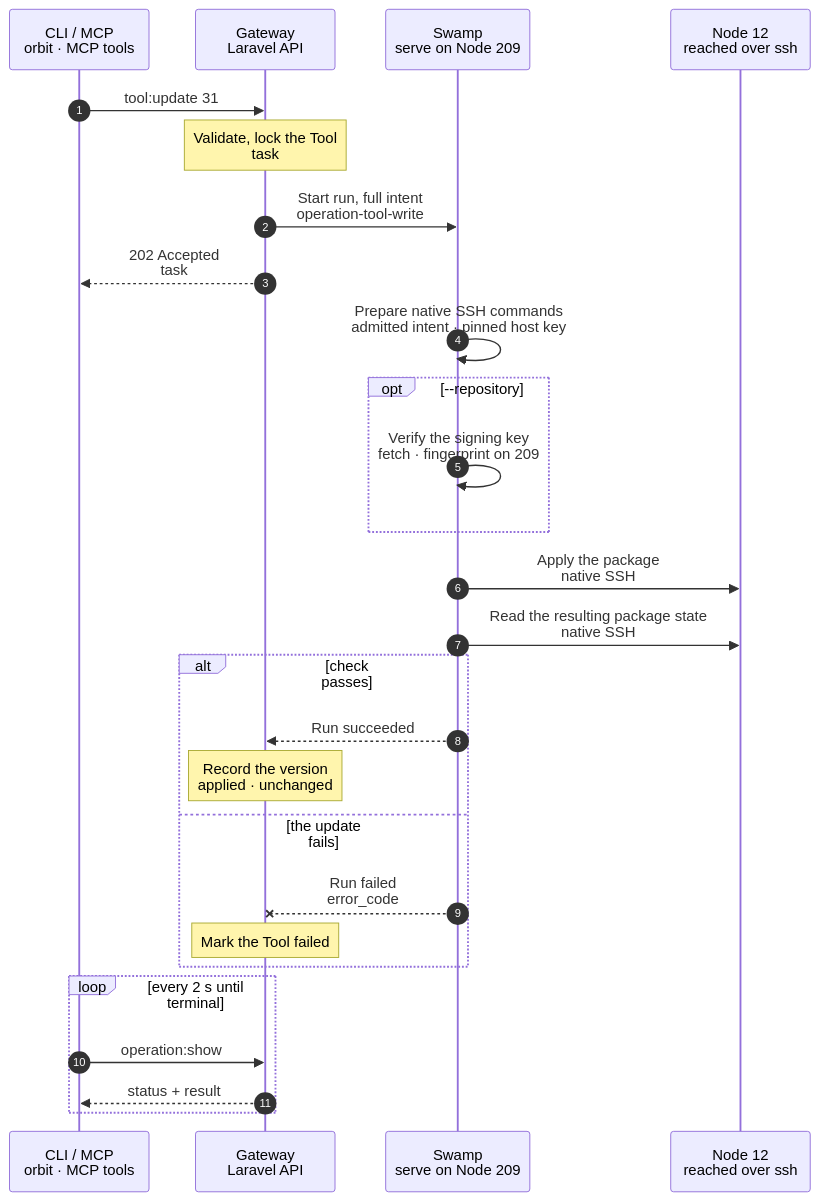
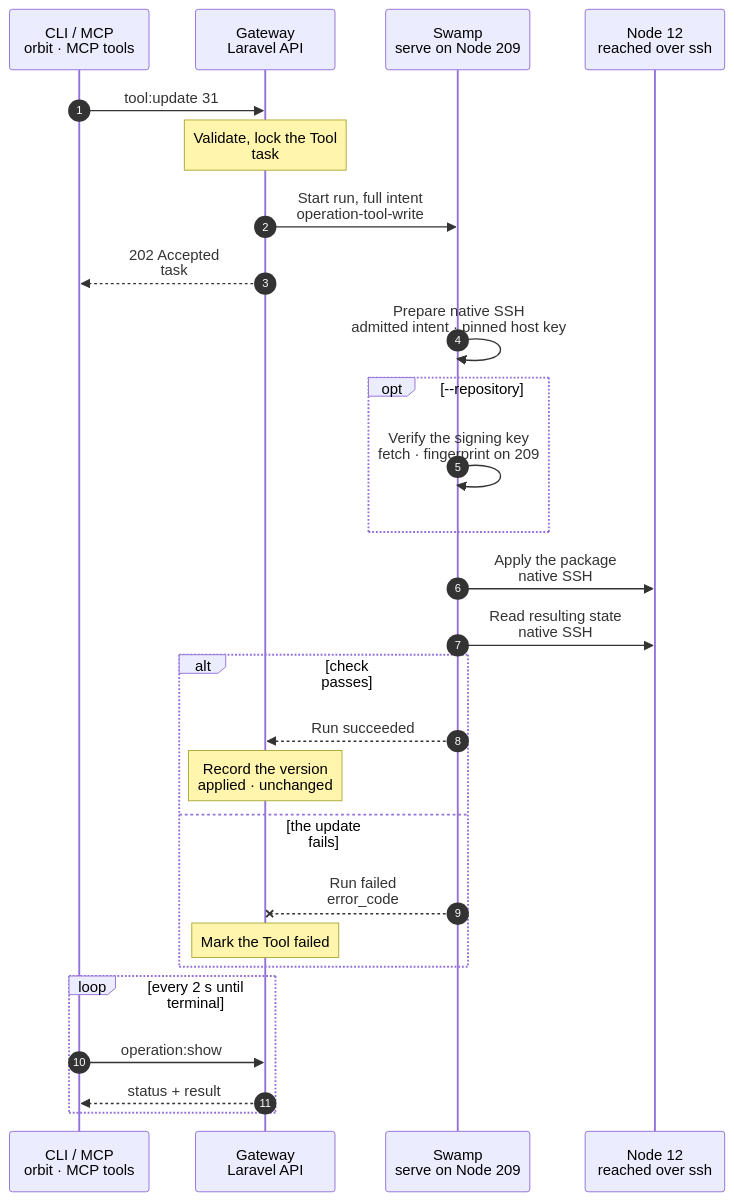
One commit to hardimpactdev/orbit changed the diagram in docs/cli/tool/update.mmd. Above: the diagram before and after it, drawn with Mermaid. The commit also changed 23 other files, not shown here.

```diff
--- a/docs/cli/tool/update.mmd
+++ b/docs/cli/tool/update.mmd
@@ -1,51 +1,51 @@
 sequenceDiagram
   %% docs/reference/tools.md#install-and-update-a-tool
   %% status: draft
   %% command: tool:update
   %% kind: tool.update
   %% Pinned Debian downloads use native SSH curl exit codes for transport-only fallback, then verify the pin before publication.
   autonumber
   %% lane CLI icon=terminal pill=caller tone=gray
   %% lane GW icon=gateway pill=intent tone=blue
   %% lane SW icon=workflow pill=executes tone=green
   %% lane N icon=server pill=target tone=amber
   participant CLI as CLI / MCP<br/>orbit · MCP tools
   participant GW as Gateway<br/>Laravel API
   participant SW as Swamp<br/>serve on Node 209
   participant N as Node 12<br/>reached over ssh
   CLI->>GW: tool:update 31
   %%> Command:
   %%> - `orbit tool:update 31`
   %%> - syntax: `<tool> [--tool-version=VERSION] [--repository=JSON] [--idempotency-key=KEY] [--json]`
   Note over GW: Validate, lock the Tool<br/>task #5134 · ripgrep on Node 12
   %%> Requirements:
   %%> - your Node has an access grant to Node 12
   %%> - file mode requires its declared coordinate without overrides; database mode retains an existing pin unless the caller supplies a new one
   %%> - a host `conn-server` update records the desired release without a Swamp run; an explicit rollout applies it
   GW->>SW: Start run, full intent<br/>operation-tool-write
   GW-->>CLI: 202 Accepted<br/>task #5134
-  SW->>SW: Prepare native SSH commands<br/>admitted intent · pinned host key
+  SW->>SW: Prepare native SSH<br/>admitted intent · pinned host key
   opt --repository
     SW->>SW: Verify the signing key<br/>fetch · fingerprint on 209
     %%> Why on 209:
     %%> - a wrong key stops the run before Node 12 is touched
   end
   SW->>N: Apply the package<br/>native SSH
   %%> Scope:
   %%> - update uses the direct install/update workflow, limited to this Tool; it shares admission and candidate policy, not the Ansible executor, with convergence
   %%> Version:
   %%> - select the exact admitted version, or the manager's candidate for an unpinned database Tool; check the constraint before writing
-  SW->>N: Read the resulting package state<br/>native SSH
+  SW->>N: Read resulting state<br/>native SSH
   alt check passes
     SW-->>GW: Run succeeded
     Note over GW: Record the version<br/>applied · unchanged
   else the update fails
     SW--xGW: Run failed<br/>error_code
     %%> On failure:
     %%> - the Tool keeps its old version when the package manager did not change it
     Note over GW: Mark the Tool failed
   end
   loop every 2 s until terminal
     CLI->>GW: operation:show #5134
     GW-->>CLI: status + result
   end
```
